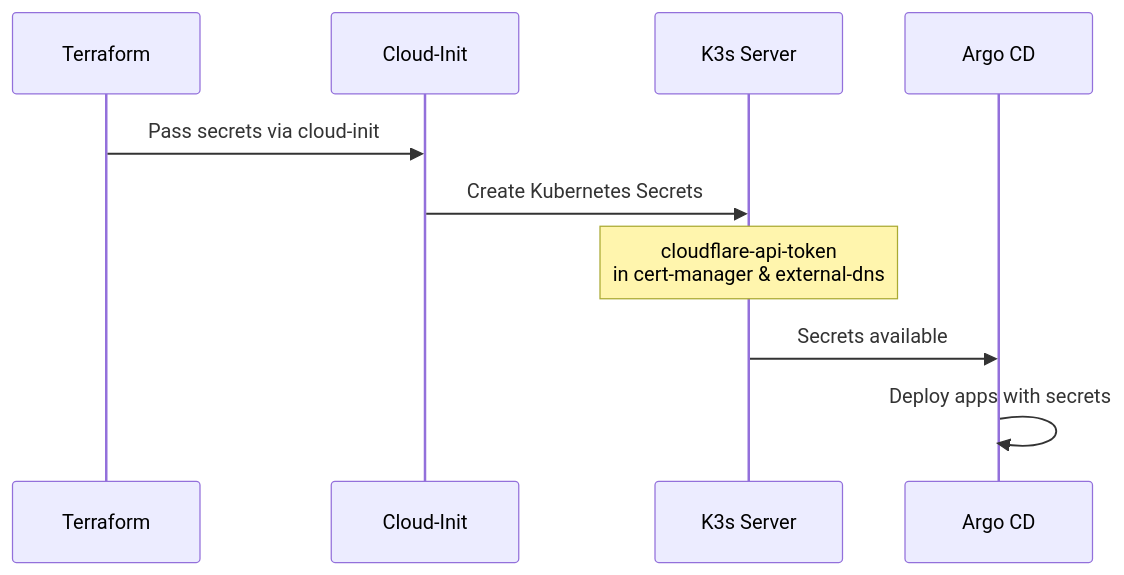
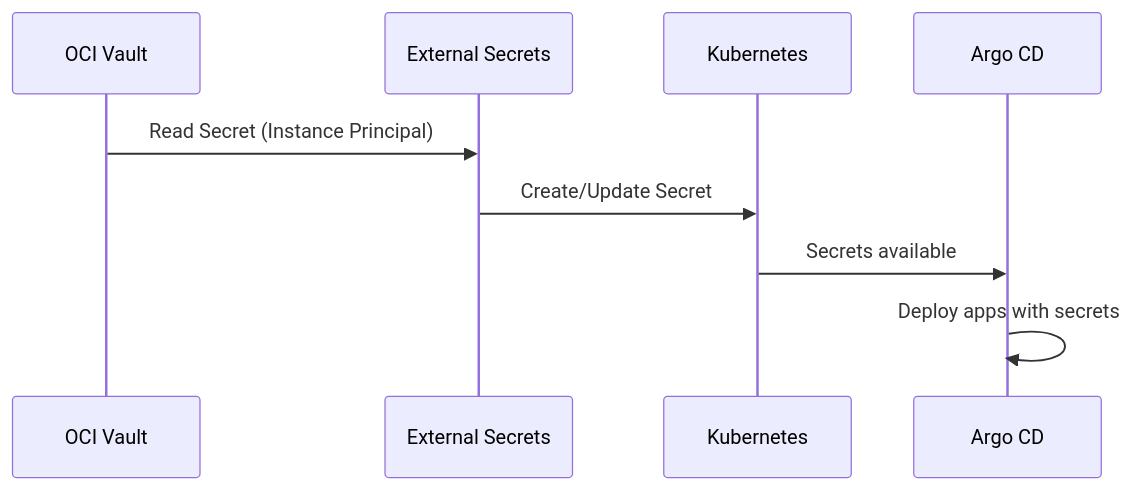
The third of 5 diagrams in docs/src/content/docs/architecture/gitops.md (nsudhanva/k8s-oracle), drawn with Mermaid before and after one commit. The commit also changed other lines of this file and 16 other files, not shown here.

Commit message:
docs: update architecture to OKE and fix envoy gateway subnet

````diff
--- a/docs/src/content/docs/architecture/gitops.md
+++ b/docs/src/content/docs/architecture/gitops.md
@@ -106,13 +106,12 @@
 ```mermaid
 sequenceDiagram
-    participant TF as Terraform
-    participant CI as Cloud-Init
-    participant K3s as K3s Server
+    participant Vault as OCI Vault
+    participant ESO as External Secrets
+    participant K8s as Kubernetes
     participant Argo as Argo CD
 
-    TF->>CI: Pass secrets via cloud-init
-    CI->>K3s: Create Kubernetes Secrets
-    Note over K3s: cloudflare-api-token<br/>in cert-manager & external-dns
-    K3s->>Argo: Secrets available
+    Vault->>ESO: Read Secret (Instance Principal)
+    ESO->>K8s: Create/Update Secret
+    K8s->>Argo: Secrets available
     Argo->>Argo: Deploy apps with secrets
 ```
````
